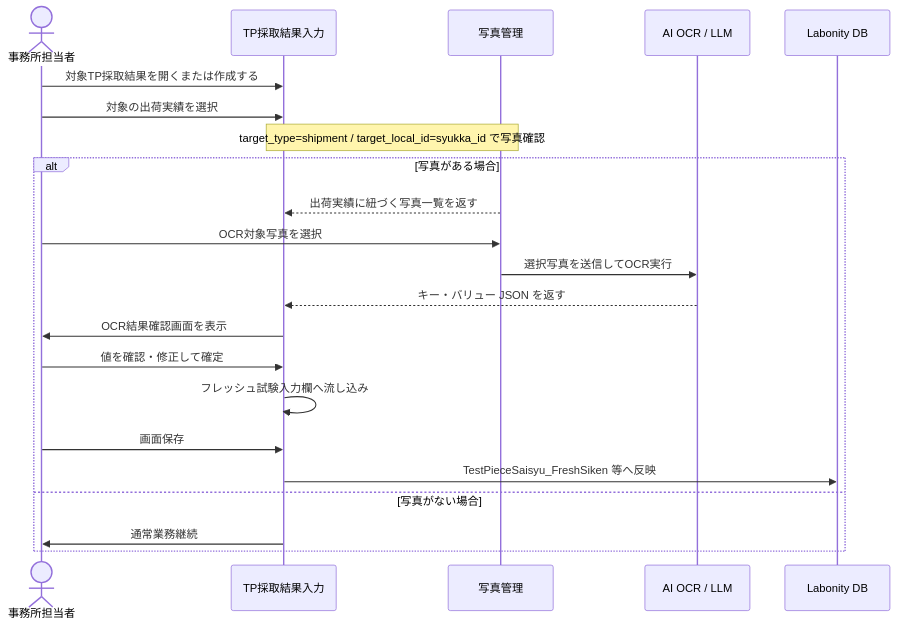
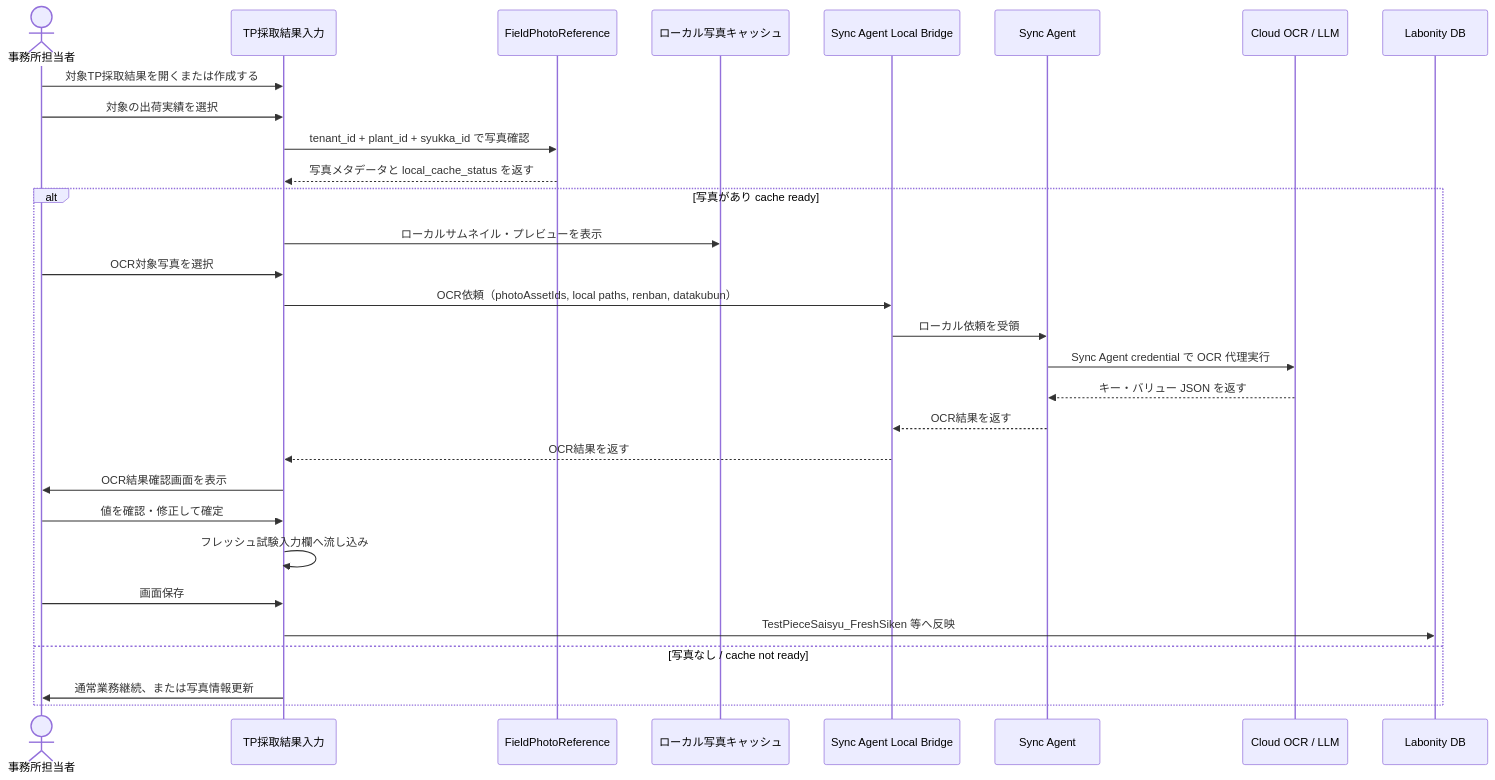
One commit to sakku0039/FieldTester changed the fourth of 4 diagrams in docs/Labonity用現場試験アプリ_設計書_v1.0.md. Above: the diagram before and after it, drawn with Mermaid. The commit also changed other lines of this file, not shown here.

````diff
--- a/docs/Labonity用現場試験アプリ_設計書_v1.0.md
+++ b/docs/Labonity用現場試験アプリ_設計書_v1.0.md
@@ -1017,25 +1315,33 @@
 ```mermaid
 sequenceDiagram
     actor User as 事務所担当者
     participant TP as TP採取結果入力
-    participant Photo as 写真管理
-    participant OCR as AI OCR / LLM
+    participant LocalDB as FieldPhotoReference
+    participant Cache as ローカル写真キャッシュ
+    participant Bridge as Sync Agent Local Bridge
+    participant Agent as Sync Agent
+    participant OCR as Cloud OCR / LLM
     participant DB as Labonity DB
 
     User->>TP: 対象TP採取結果を開くまたは作成する
     User->>TP: 対象の出荷実績を選択
-    Note over TP,Photo: target_type=shipment / target_local_id=syukka_id で写真確認
-    alt 写真がある場合
-        Photo-->>TP: 出荷実績に紐づく写真一覧を返す
-        User->>Photo: OCR対象写真を選択
-        Photo->>OCR: 選択写真を送信してOCR実行
-        OCR-->>TP: キー・バリュー JSON を返す
+    TP->>LocalDB: tenant_id + plant_id + syukka_id で写真確認
+    LocalDB-->>TP: 写真メタデータと local_cache_status を返す
+    alt 写真があり cache ready
+        TP->>Cache: ローカルサムネイル・プレビューを表示
+        User->>TP: OCR対象写真を選択
+        TP->>Bridge: OCR依頼（photoAssetIds, local paths, renban, datakubun）
+        Bridge->>Agent: ローカル依頼を受領
+        Agent->>OCR: Sync Agent credential で OCR 代理実行
+        OCR-->>Agent: キー・バリュー JSON を返す
+        Agent-->>Bridge: OCR結果を返す
+        Bridge-->>TP: OCR結果を返す
         TP->>User: OCR結果確認画面を表示
         User->>TP: 値を確認・修正して確定
         TP->>TP: フレッシュ試験入力欄へ流し込み
         User->>TP: 画面保存
         TP->>DB: TestPieceSaisyu_FreshSiken 等へ反映
-    else 写真がない場合
-        TP->>User: 通常業務継続
+    else 写真なし / cache not ready
+        TP->>User: 通常業務継続、または写真情報更新
     end
 ```
````
